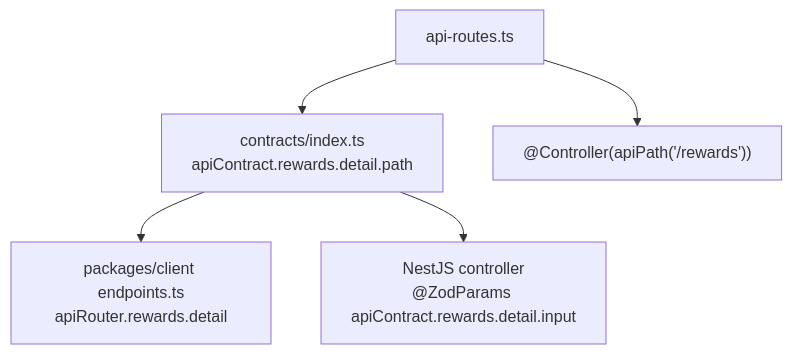
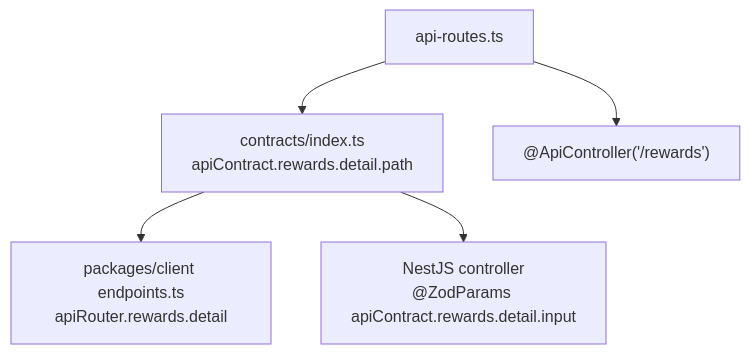
One commit to patelzz007/nestjs-nextjs-turborepo-starter-kit changed the diagram in docs/technical/api/routes.md. Above: the diagram before and after it, drawn with Mermaid. The commit also changed other lines of this file and 942 other files, not shown here.

````diff
--- a/docs/technical/api/routes.md
+++ b/docs/technical/api/routes.md
@@ -71,7 +72,7 @@
 ```mermaid
 flowchart TD
     R[api-routes.ts] --> C[contracts/index.ts<br/>apiContract.rewards.detail.path]
     C --> E[packages/client endpoints.ts<br/>apiRouter.rewards.detail]
     C --> N[NestJS controller<br/>@ZodParams apiContract.rewards.detail.input]
-    R --> N2["@Controller(apiPath('/rewards'))"]
+    R --> N2["@ApiController('/rewards')"]
 ```
````
